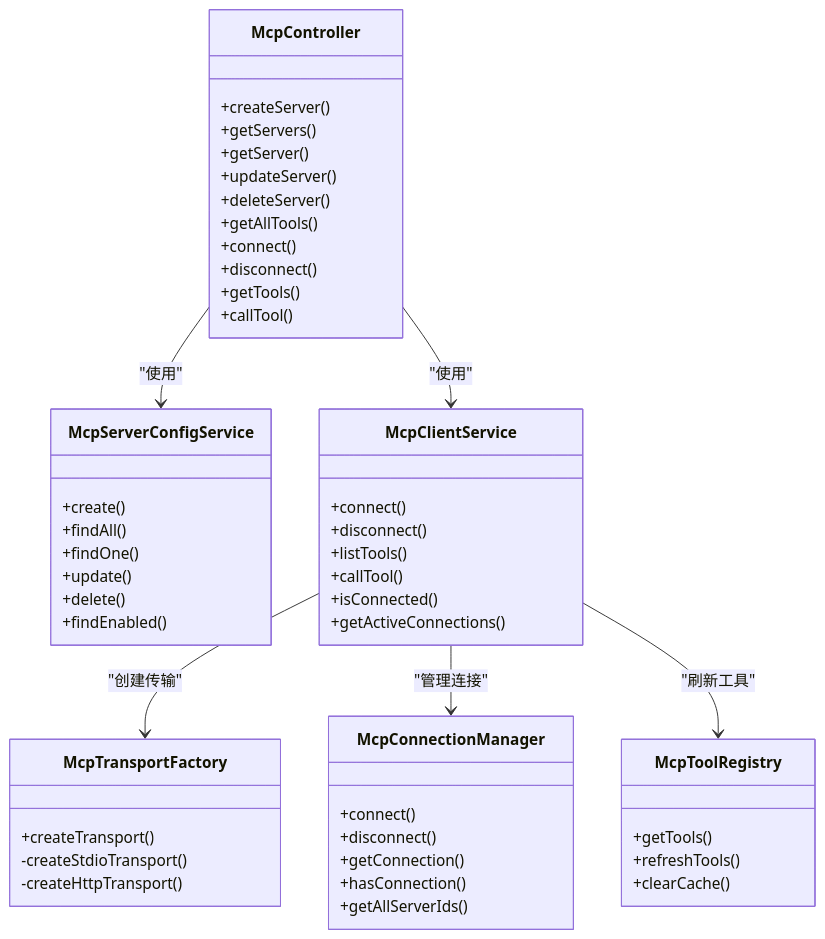
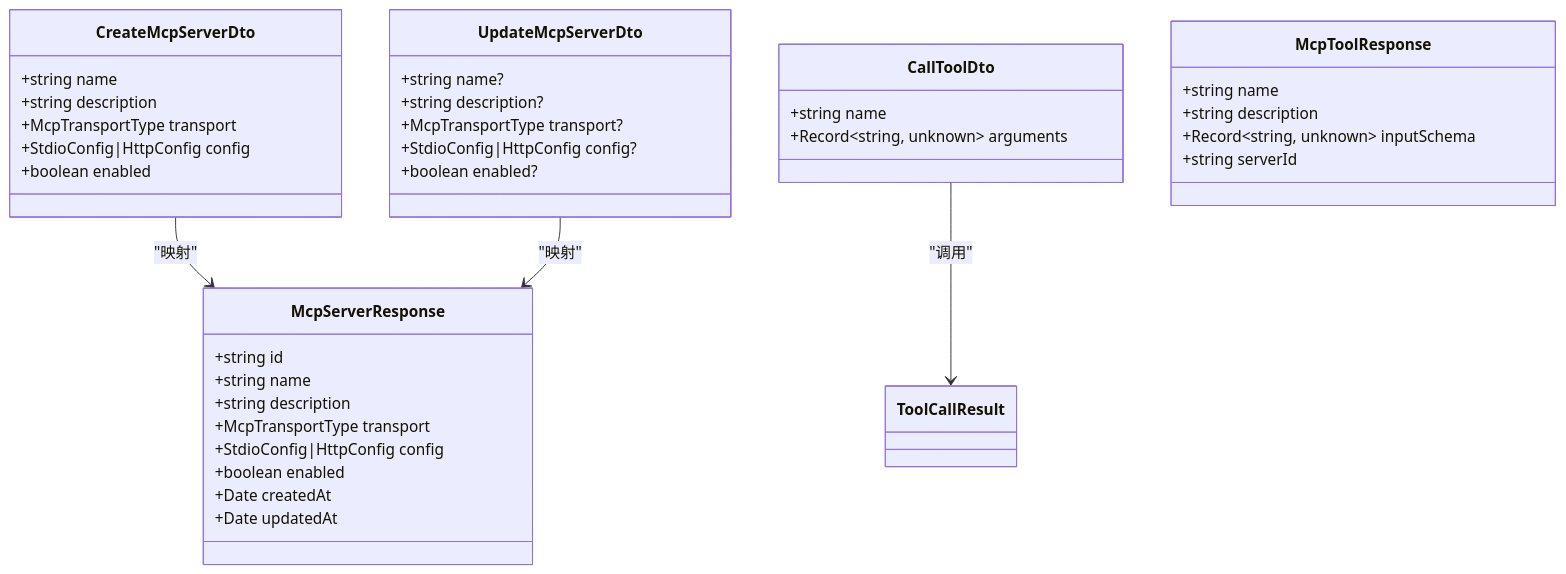
Before and after one commit to xixixiaoyu/Todo: the third of 6 diagrams in .qoder/repowiki/zh/content/API 接口文档/MCP 协议 API.md, drawn with Mermaid. The commit also changed other lines of this file and 77 other files, not shown here.

````diff
--- a/.qoder/repowiki/zh/content/API 接口文档/MCP 协议 API.md
+++ b/.qoder/repowiki/zh/content/API 接口文档/MCP 协议 API.md
@@ -247,53 +185,40 @@
 ```mermaid
 classDiagram
-class McpController {
-+createServer()
-+getServers()
-+getServer()
-+updateServer()
-+deleteServer()
-+getAllTools()
-+connect()
-+disconnect()
-+getTools()
-+callTool()
+class CreateMcpServerDto {
++string name
++string description
++McpTransportType transport
++StdioConfig|HttpConfig config
++boolean enabled
 }
-class McpServerConfigService {
-+create()
-+findAll()
-+findOne()
-+update()
-+delete()
-+findEnabled()
+class UpdateMcpServerDto {
++string name?
++string description?
++McpTransportType transport?
++StdioConfig|HttpConfig config?
++boolean enabled?
 }
-class McpClientService {
-+connect()
-+disconnect()
-+listTools()
-+callTool()
-+isConnected()
-+getActiveConnections()
+class CallToolDto {
++string name
++Record~string, unknown~ arguments
 }
-class McpTransportFactory {
-+createTransport()
--createStdioTransport()
--createHttpTransport()
+class McpServerResponse {
++string id
++string name
++string description
++McpTransportType transport
++StdioConfig|HttpConfig config
++boolean enabled
++Date createdAt
++Date updatedAt
 }
-class McpConnectionManager {
-+connect()
-+disconnect()
-+getConnection()
-+hasConnection()
-+getAllServerIds()
+class McpToolResponse {
++string name
++string description
++Record~string, unknown~ inputSchema
++string serverId
 }
-class McpToolRegistry {
-+getTools()
-+refreshTools()
-+clearCache()
-}
-McpController --> McpServerConfigService : "使用"
-McpController --> McpClientService : "使用"
-McpClientService --> McpTransportFactory : "创建传输"
-McpClientService --> McpConnectionManager : "管理连接"
-McpClientService --> McpToolRegistry : "刷新工具"
+CreateMcpServerDto --> McpServerResponse : "映射"
+UpdateMcpServerDto --> McpServerResponse : "映射"
+CallToolDto --> ToolCallResult : "调用"
 ```
````
